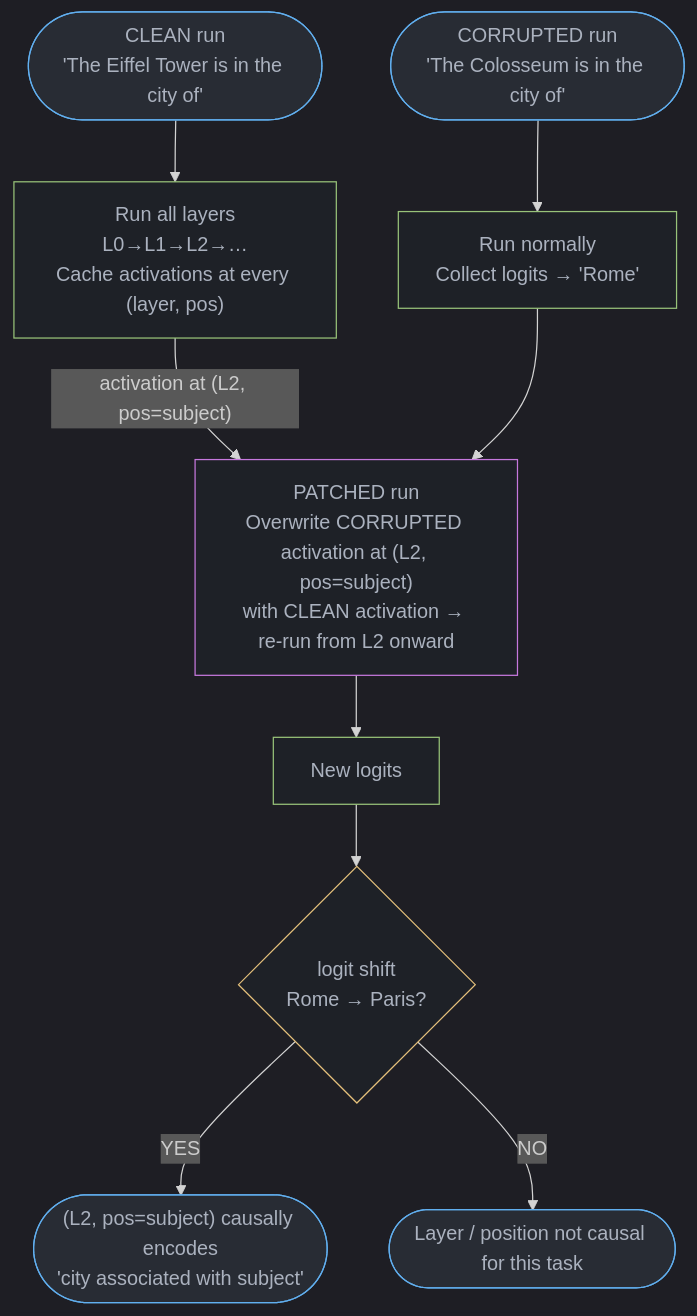
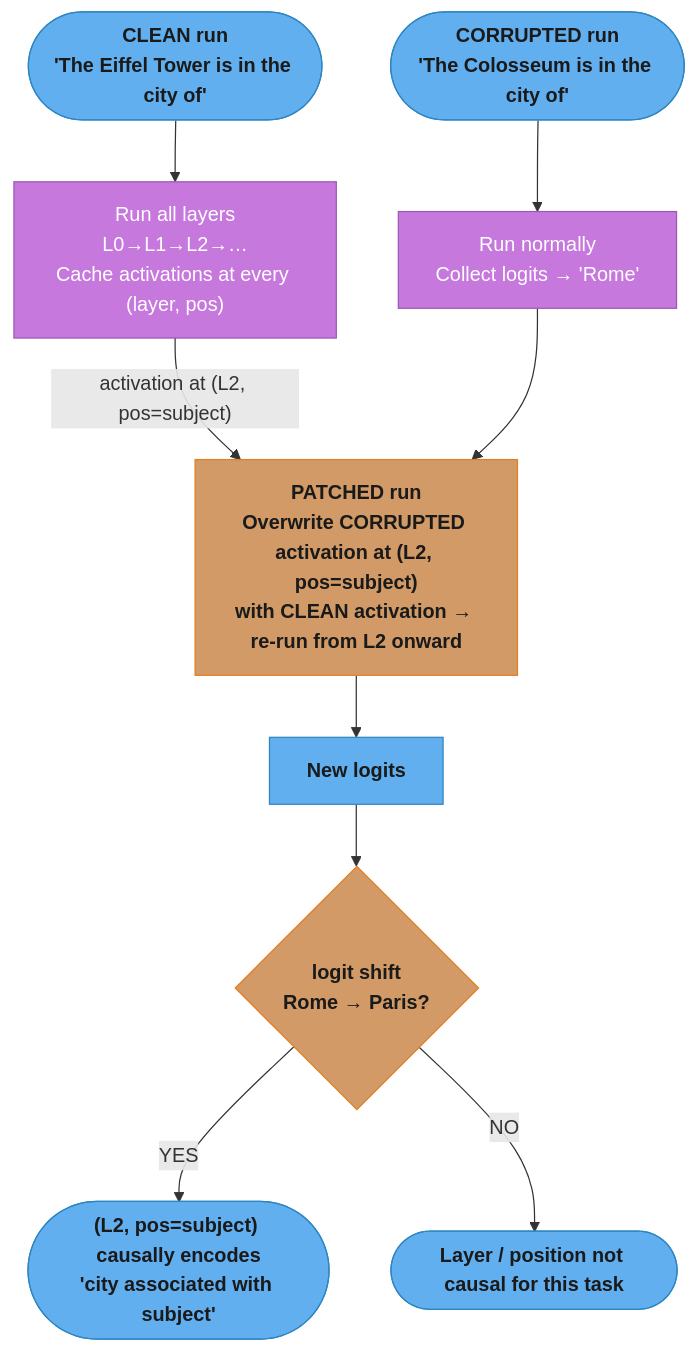
The second of 3 diagrams in src/main/java/com/rutik/systemdesign/llm/mechanistic_interpretability/README.md (rppol/system-design), drawn with Mermaid before and after one commit. The commit also changed other lines of this file and 88 other files, not shown here.

````diff
--- a/src/main/java/com/rutik/systemdesign/llm/mechanistic_interpretability/README.md
+++ b/src/main/java/com/rutik/systemdesign/llm/mechanistic_interpretability/README.md
@@ -192,23 +194,23 @@
 ```mermaid
-%%{init: {'flowchart': {'curve': 'basis'}, 'theme': 'dark'}}%%
 flowchart TD
+    classDef io      fill:#61afef,stroke:#2e86c1,color:#1a1a1a,font-weight:bold
+    classDef frozen  fill:#c678dd,stroke:#9b59b6,color:#fff
+    classDef train   fill:#98c379,stroke:#27ae60,color:#1a1a1a
+    classDef mathOp  fill:#d19a66,stroke:#e67e22,color:#1a1a1a,font-weight:bold
+    classDef lossN   fill:#e06c75,stroke:#c0392b,color:#fff,font-weight:bold
+    classDef req     fill:#56b6c2,stroke:#0097a7,color:#1a1a1a
+    classDef base    fill:#e5c07b,stroke:#f39c12,color:#1a1a1a
+
     Clean(["CLEAN run\n'The Eiffel Tower is in the city of'"]) --> CleanRun["Run all layers\nL0→L1→L2→…\nCache activations at every (layer, pos)"]
     Corrupt(["CORRUPTED run\n'The Colosseum is in the city of'"]) --> CorruptRun["Run normally\nCollect logits → 'Rome'"]
     CleanRun -- "activation at (L2, pos=subject)" --> Patch
     CorruptRun --> Patch
     Patch["PATCHED run\nOverwrite CORRUPTED activation at (L2, pos=subject)\nwith CLEAN activation → re-run from L2 onward"] --> NewLogits["New logits"]
     NewLogits --> Judge{"logit shift\nRome → Paris?"}
     Judge -- YES --> Causal(["(L2, pos=subject) causally encodes\n'city associated with subject'"])
     Judge -- NO --> Skip(["Layer / position not causal for this task"])
 
-    classDef io     fill:#282c34,stroke:#61afef,color:#abb2bf
-    classDef proc   fill:#1e2127,stroke:#98c379,color:#abb2bf
-    classDef llm    fill:#1e2127,stroke:#c678dd,color:#abb2bf
-    classDef decide fill:#1e2127,stroke:#e5c07b,color:#abb2bf
-
-    class Clean,Corrupt,Causal,Skip io
-    class CleanRun,CorruptRun proc
-    class Patch llm
-    class NewLogits proc
-    class Judge decide
+    class Clean,Corrupt,NewLogits,Causal,Skip io
+    class CleanRun,CorruptRun frozen
+    class Patch,Judge mathOp
 ```
````
